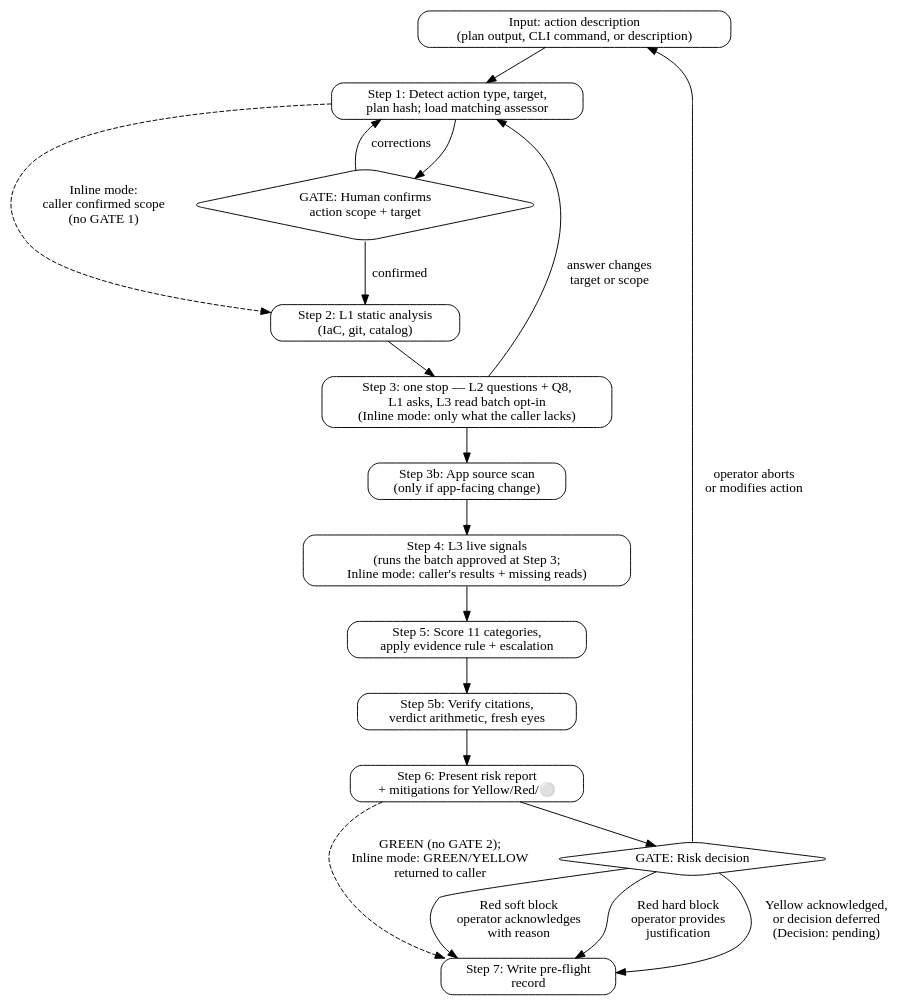
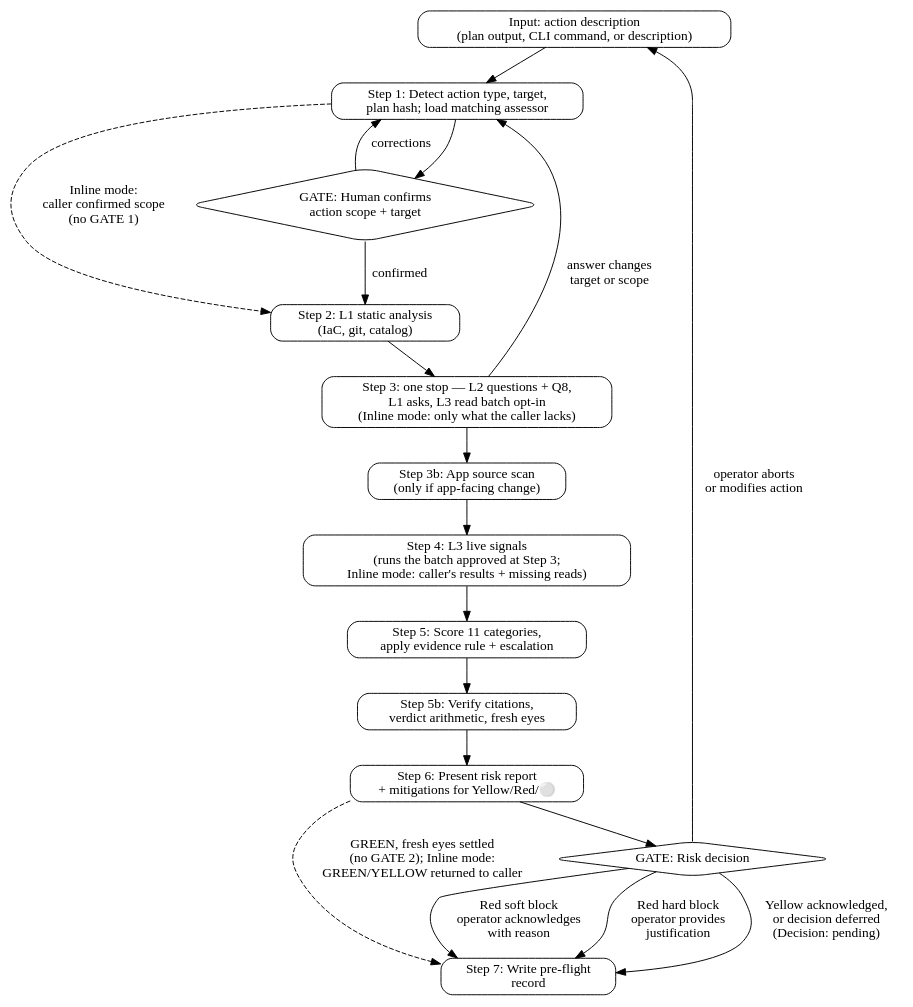
One commit to culiops/culiops-skills changed the diagram in skills/pre-flight/SKILL.md. Above: the diagram before and after it, drawn with Graphviz. The commit also changed other lines of this file, not shown here.

````diff
--- a/skills/pre-flight/SKILL.md
+++ b/skills/pre-flight/SKILL.md
@@ -191,38 +191,38 @@
 ```dot
 digraph preflight {
     rankdir=TB;
     node [shape=box, style=rounded];
 
     input     [label="Input: action description\n(plan output, CLI command, or description)"];
     detect    [label="Step 1: Detect action type, target,\nplan hash; load matching assessor"];
     gate1     [label="GATE: Human confirms\naction scope + target", shape=diamond];
     static    [label="Step 2: L1 static analysis\n(IaC, git, catalog)"];
     human     [label="Step 3: one stop — L2 questions + Q8,\nL1 asks, L3 read batch opt-in\n(Inline mode: only what the caller lacks)"];
     appsrc    [label="Step 3b: App source scan\n(only if app-facing change)"];
     live      [label="Step 4: L3 live signals\n(runs the batch approved at Step 3;\nInline mode: caller's results + missing reads)"];
     score     [label="Step 5: Score 11 categories,\napply evidence rule + escalation"];
     verify    [label="Step 5b: Verify citations,\nverdict arithmetic, fresh eyes"];
     report    [label="Step 6: Present risk report\n+ mitigations for Yellow/Red/⚪"];
     gate2     [label="GATE: Risk decision", shape=diamond];
     record    [label="Step 7: Write pre-flight\nrecord"];
 
     input -> detect;
     detect -> gate1;
     gate1 -> static    [label="confirmed"];
     gate1 -> detect    [label="corrections"];
     detect -> static   [label="Inline mode:\ncaller confirmed scope\n(no GATE 1)", style=dashed];
     static -> human;
     human -> detect    [label="answer changes\ntarget or scope"];
     human -> appsrc;
     appsrc -> live;
     live -> score;
     score -> verify;
     verify -> report;
     report -> gate2;
     gate2 -> record    [label="Yellow acknowledged,\nor decision deferred\n(Decision: pending)"];
     gate2 -> record    [label="Red soft block\noperator acknowledges\nwith reason"];
     gate2 -> record    [label="Red hard block\noperator provides\njustification"];
     gate2 -> input     [label="operator aborts\nor modifies action"];
-    report -> record   [label="GREEN (no GATE 2);\nInline mode: GREEN/YELLOW\nreturned to caller", style=dashed];
+    report -> record   [label="GREEN, fresh eyes settled\n(no GATE 2); Inline mode:\nGREEN/YELLOW returned to caller", style=dashed];
 }
 ```
````
